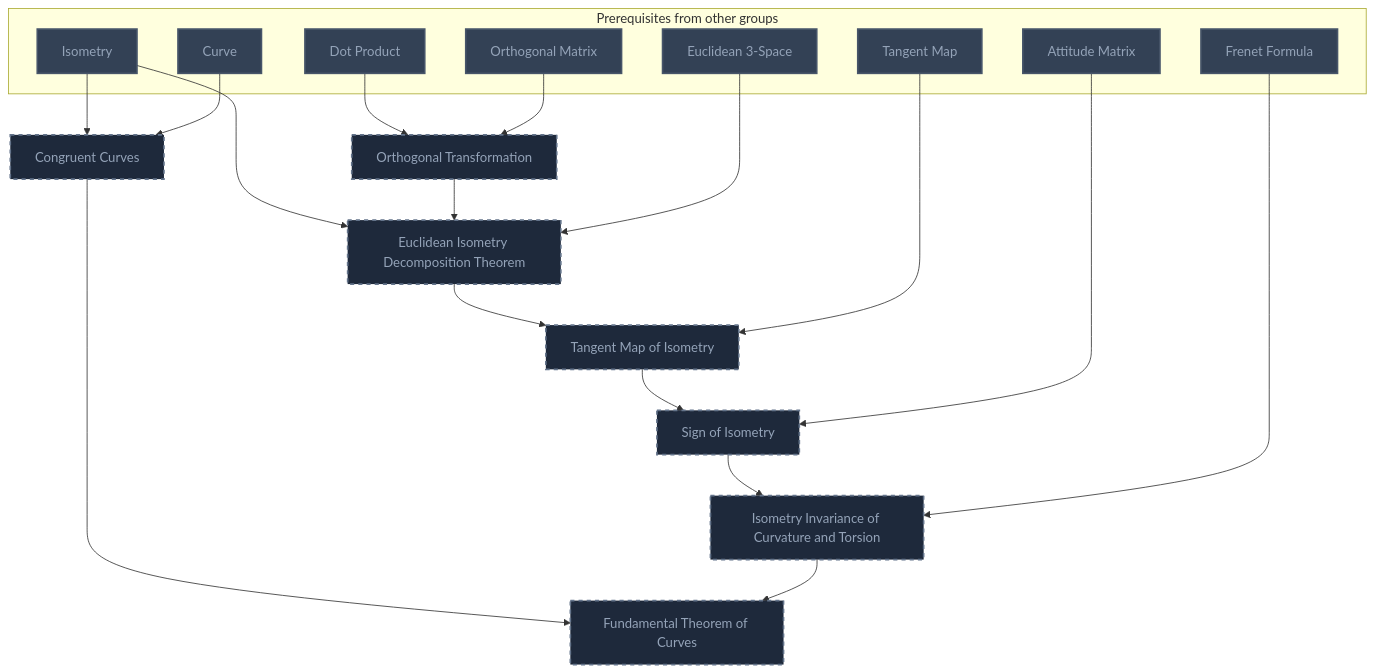
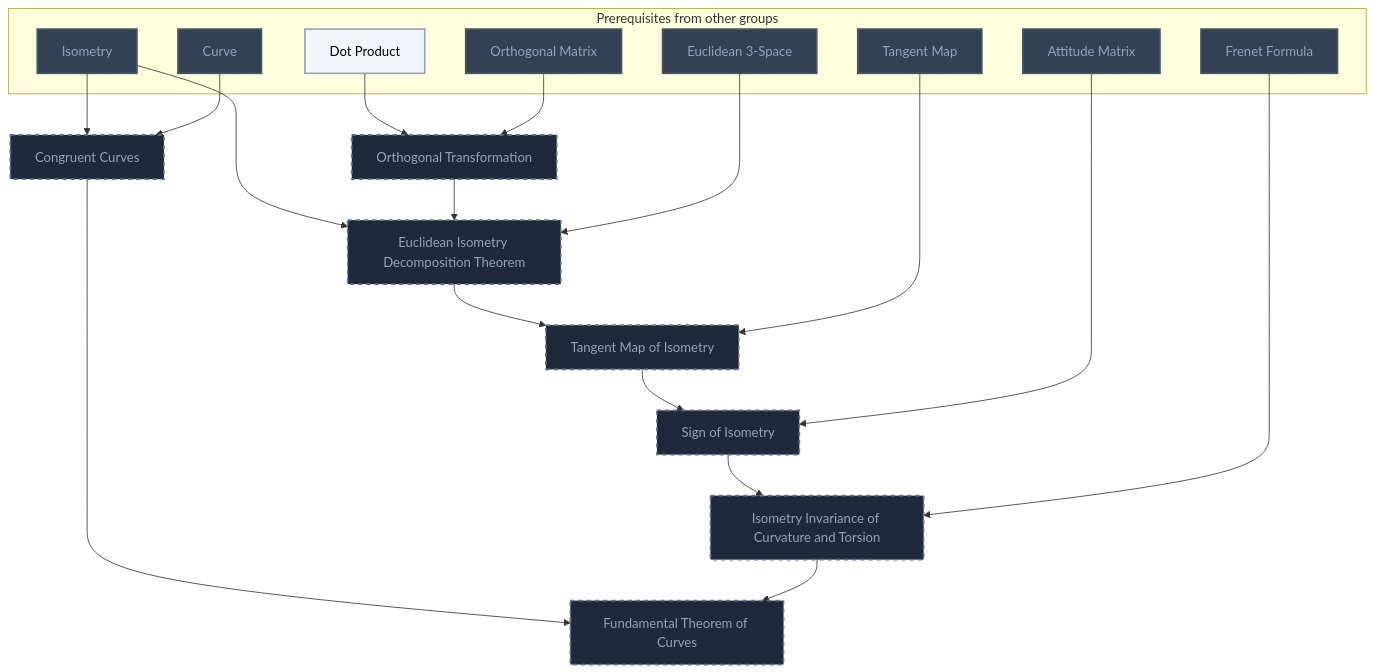
Before and after one commit to MRauf1/My-Notes: the sixth of 21 diagrams in Gamification/Skill Trees/Differential Geometry.md, drawn with Mermaid. The commit also changed other lines of this file and 156 other files, not shown here.

````diff
--- a/Gamification/Skill Trees/Differential Geometry.md
+++ b/Gamification/Skill Trees/Differential Geometry.md
@@ -585,47 +591,48 @@
 ```mermaid
 flowchart TD
     classDef planned fill:#1E293B,stroke:#64748B,stroke-width:2px,stroke-dasharray:5 5,color:#94A3B8;
     classDef locked fill:#334155,stroke:#475569,stroke-width:2px,color:#94A3B8;
     classDef L0 fill:#F1F5F9,stroke:#94A3B8,stroke-width:2px,color:#000000;
     classDef L1 fill:#22C55E,stroke:#15803D,stroke-width:2px,color:#000000;
     classDef L2 fill:#3B82F6,stroke:#1D4ED8,stroke-width:3px,color:#FFFFFF;
     classDef L3 fill:#A855F7,stroke:#6B21A8,stroke-width:3px,color:#FFFFFF,font-weight:bold;
     classDef L4 fill:#F97316,stroke:#C2410C,stroke-width:4px,color:#000000,font-weight:bold;
     classDef L5 fill:#FFD700,stroke:#FF8C00,stroke-width:5px,color:#000000,font-weight:bold;
     classDef rusty stroke:#8B4513,stroke-width:4px,stroke-dasharray:3 3;
     subgraph sg_prereqs["Prerequisites from other groups"]
         n_dot_product["Dot Product"]
         n_orthogonal_matrix["Orthogonal Matrix"]
         n_isometry["Isometry"]
         n_euclidean_3_space["Euclidean 3-Space"]
         n_tangent_map["Tangent Map"]
         n_attitude_matrix["Attitude Matrix"]
         n_frenet_formula["Frenet Formula"]
         n_curve["Curve"]
     end
     n_orthogonal_transformation["Orthogonal Transformation"]
     n_euclidean_isometry_decomposition_theorem["Euclidean Isometry Decomposition Theorem"]
     n_tangent_map_of_isometry["Tangent Map of Isometry"]
     n_sign_of_isometry["Sign of Isometry"]
     n_isometry_invariance_of_curvature_and_torsion["Isometry Invariance of Curvature and Torsion"]
     n_congruent_curves["Congruent Curves"]
     n_fundamental_theorem_of_curves["Fundamental Theorem of Curves"]
     n_dot_product --> n_orthogonal_transformation
     n_orthogonal_matrix --> n_orthogonal_transformation
     n_isometry --> n_euclidean_isometry_decomposition_theorem
     n_orthogonal_transformation --> n_euclidean_isometry_decomposition_theorem
     n_euclidean_3_space --> n_euclidean_isometry_decomposition_theorem
     n_euclidean_isometry_decomposition_theorem --> n_tangent_map_of_isometry
     n_tangent_map --> n_tangent_map_of_isometry
     n_tangent_map_of_isometry --> n_sign_of_isometry
     n_attitude_matrix --> n_sign_of_isometry
     n_sign_of_isometry --> n_isometry_invariance_of_curvature_and_torsion
     n_frenet_formula --> n_isometry_invariance_of_curvature_and_torsion
     n_isometry --> n_congruent_curves
     n_curve --> n_congruent_curves
     n_congruent_curves --> n_fundamental_theorem_of_curves
     n_isometry_invariance_of_curvature_and_torsion --> n_fundamental_theorem_of_curves
     class n_orthogonal_transformation,n_euclidean_isometry_decomposition_theorem,n_tangent_map_of_isometry,n_sign_of_isometry,n_isometry_invariance_of_curvature_and_torsion,n_congruent_curves,n_fundamental_theorem_of_curves planned;
-    class n_dot_product,n_orthogonal_matrix,n_isometry,n_euclidean_3_space,n_tangent_map,n_attitude_matrix,n_frenet_formula,n_curve locked;
+    class n_orthogonal_matrix,n_isometry,n_euclidean_3_space,n_tangent_map,n_attitude_matrix,n_frenet_formula,n_curve locked;
+    class n_dot_product L0;
     class n_dot_product,n_orthogonal_matrix,n_isometry,n_euclidean_3_space,n_tangent_map,n_attitude_matrix,n_frenet_formula,n_curve internal-link;
 ```
````
